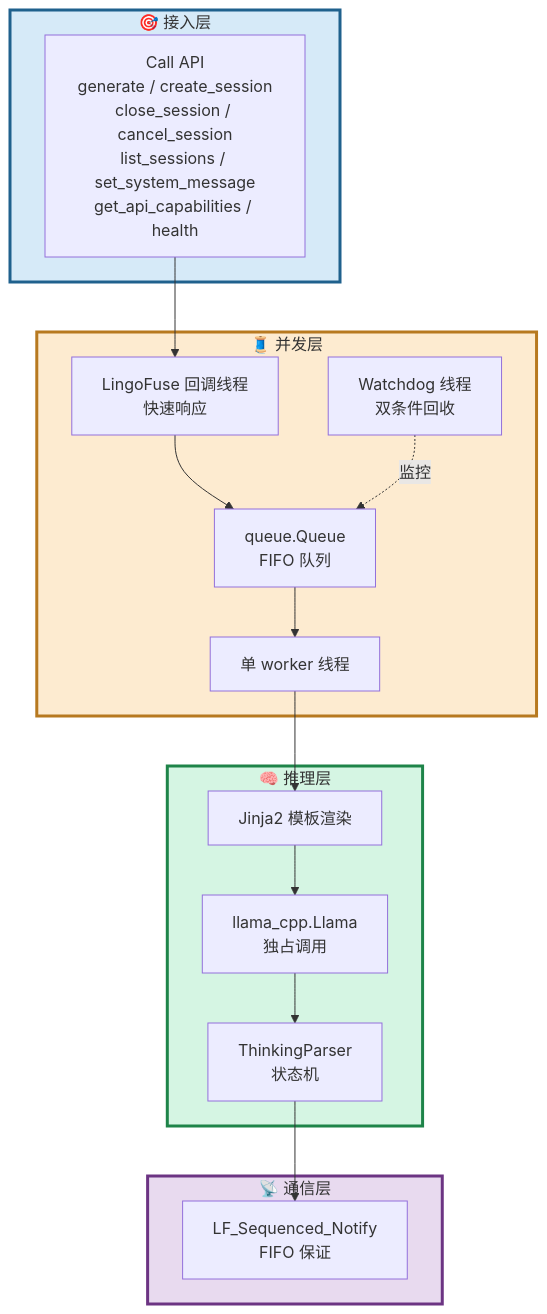
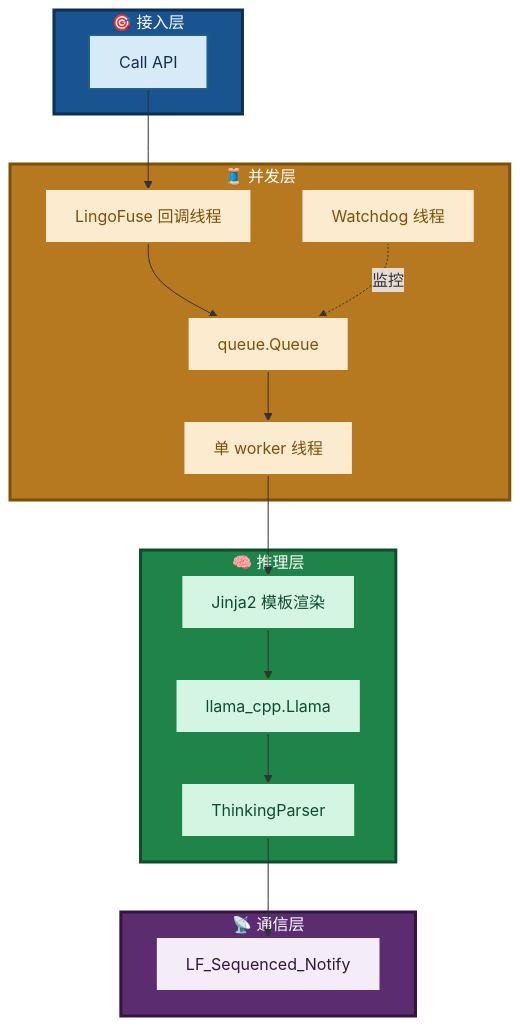
One commit to PassByYou888/LingoFuse-pasAgent changed the sixth of 39 diagrams in src/llm-service/LingoFuse_LLM_Service_Work_Summary.md. Above: the diagram before and after it, drawn with Mermaid. The commit also changed other lines of this file, not shown here.

````diff
--- a/src/llm-service/LingoFuse_LLM_Service_Work_Summary.md
+++ b/src/llm-service/LingoFuse_LLM_Service_Work_Summary.md
@@ -203,37 +207,46 @@
 ```mermaid
 flowchart TB
     subgraph L1["🎯 接入层"]
-        API["Call API<br/>generate / create_session<br/>close_session / cancel_session<br/>list_sessions / set_system_message<br/>get_api_capabilities / health"]
+        API["Call API"]
     end
 
     subgraph L2["🧵 并发层"]
-        CB["LingoFuse 回调线程<br/>快速响应"]
-        Q["queue.Queue<br/>FIFO 队列"]
+        CB["LingoFuse 回调线程"]
+        Q["queue.Queue"]
         W["单 worker 线程"]
-        WD["Watchdog 线程<br/>双条件回收"]
+        WD["Watchdog 线程"]
     end
 
     subgraph L3["🧠 推理层"]
         TPL["Jinja2 模板渲染"]
-        TH["ThinkingParser<br/>状态机"]
-        LLM["llama_cpp.Llama<br/>独占调用"]
+        TH["ThinkingParser"]
+        LLM["llama_cpp.Llama"]
     end
 
     subgraph L4["📡 通信层"]
-        SEQ["LF_Sequenced_Notify<br/>FIFO 保证"]
+        SEQ["LF_Sequenced_Notify"]
     end
 
     API --> CB
     CB --> Q
     Q --> W
     W --> TPL
     TPL --> LLM
     LLM --> TH
     TH --> SEQ
-    WD -.->|"监控"| Q
+    WD -.->|监控| Q
 
-    style L1 fill:#D6EAF8,stroke:#1F618D,stroke-width:3px
-    style L2 fill:#FDEBD0,stroke:#B7791F,stroke-width:3px
-    style L3 fill:#D5F5E3,stroke:#1E8449,stroke-width:3px
-    style L4 fill:#E8DAEF,stroke:#6C3483,stroke-width:3px
+    style L1 fill:#1A5490,stroke:#0D2F52,stroke-width:3px,color:#FFFFFF
+    style L2 fill:#B7791F,stroke:#7E5109,stroke-width:3px,color:#FFFFFF
+    style L3 fill:#1E8449,stroke:#0E4D2A,stroke-width:3px,color:#FFFFFF
+    style L4 fill:#5B2C6F,stroke:#321640,stroke-width:3px,color:#FFFFFF
+    style API fill:#D6EAF8,stroke:#1F618D,stroke-width:2px,color:#0D2F52
+    style CB fill:#FDEBD0,stroke:#B7791F,stroke-width:2px,color:#7E5109
+    style Q fill:#FDEBD0,stroke:#B7791F,stroke-width:2px,color:#7E5109
+    style W fill:#FDEBD0,stroke:#B7791F,stroke-width:2px,color:#7E5109
+    style WD fill:#FDEBD0,stroke:#B7791F,stroke-width:2px,color:#7E5109
+    style TPL fill:#D5F5E3,stroke:#1E8449,stroke-width:2px,color:#0E4D2A
+    style TH fill:#D5F5E3,stroke:#1E8449,stroke-width:2px,color:#0E4D2A
+    style LLM fill:#D5F5E3,stroke:#1E8449,stroke-width:2px,color:#0E4D2A
+    style SEQ fill:#F4ECF7,stroke:#5B2C6F,stroke-width:2px,color:#321640
 ```
````
